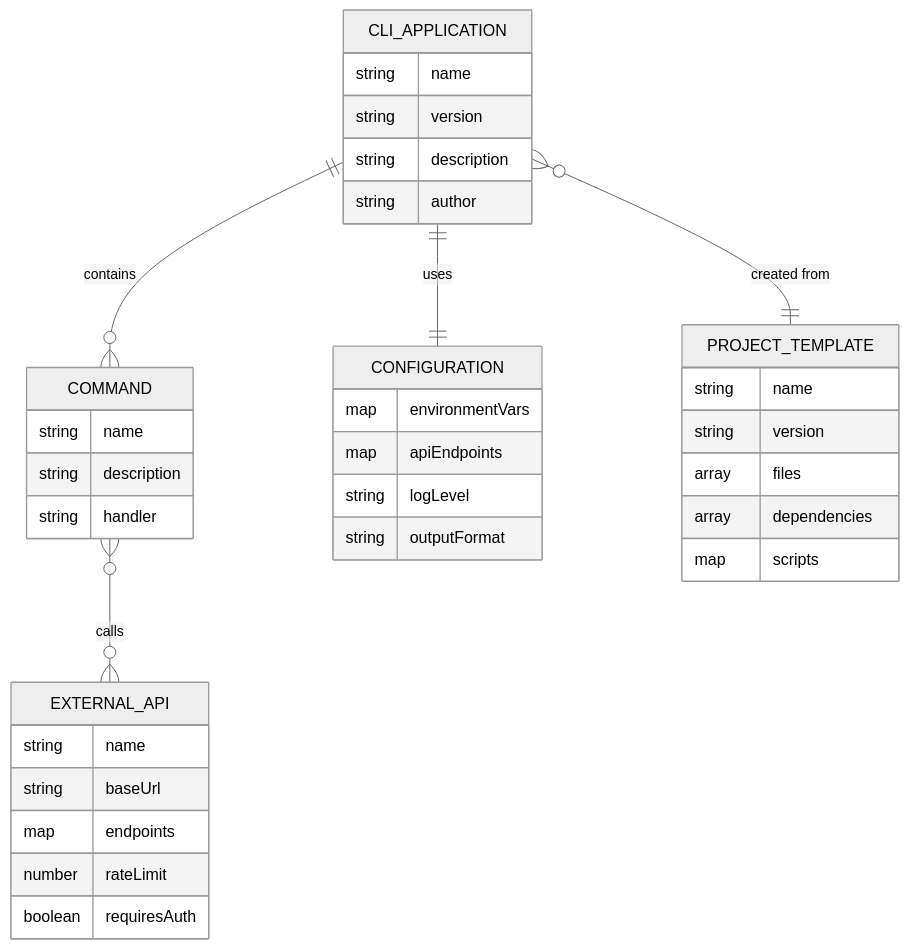
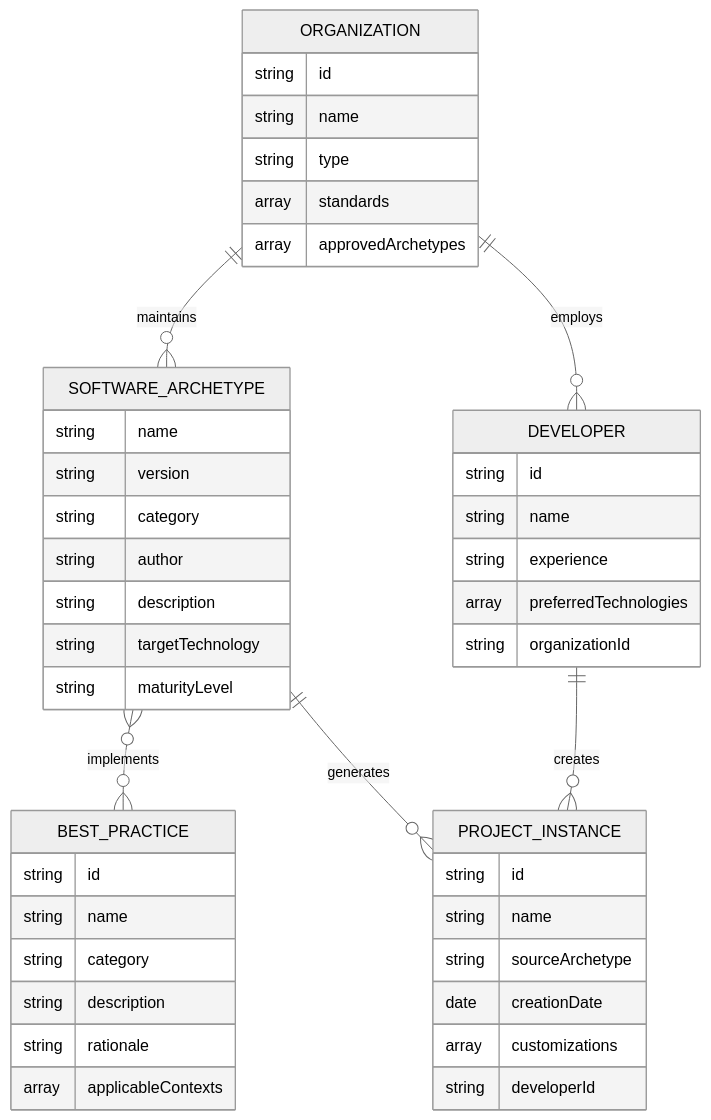
Before and after one commit to AIDDbot/ArchetypeNodeCLI: the diagram in docs/DOMAIN.md, drawn with Mermaid (neutral theme). The commit also changed other lines of this file, not shown here.

````diff
--- a/docs/DOMAIN.md
+++ b/docs/DOMAIN.md
@@ -127,39 +138,48 @@
 ```mermaid
 erDiagram
-    CLI_APPLICATION {
+    SOFTWARE_ARCHETYPE {
         string name
         string version
+        string category
+        string author
         string description
-        string author
+        string targetTechnology
+        string maturityLevel
     }
-    COMMAND {
+    DEVELOPER {
+        string id
         string name
+        string experience
+        array preferredTechnologies
+        string organizationId
+    }
+    ORGANIZATION {
+        string id
+        string name
+        string type
+        array standards
+        array approvedArchetypes
+    }
+    PROJECT_INSTANCE {
+        string id
+        string name
+        string sourceArchetype
+        date creationDate
+        array customizations
+        string developerId
+    }
+    BEST_PRACTICE {
+        string id
+        string name
+        string category
         string description
-        string handler
-    }
-    CONFIGURATION {
-        map environmentVars
-        map apiEndpoints
-        string logLevel
-        string outputFormat
-    }
-    EXTERNAL_API {
-        string name
-        string baseUrl
-        map endpoints
-        number rateLimit
-        boolean requiresAuth
-    }
-    PROJECT_TEMPLATE {
-        string name
-        string version
-        array files
-        array dependencies
-        map scripts
+        string rationale
+        array applicableContexts
     }
 
-    CLI_APPLICATION ||--o{ COMMAND : contains
-    CLI_APPLICATION ||--|| CONFIGURATION : uses
-    COMMAND }o--o{ EXTERNAL_API : calls
-    CLI_APPLICATION }o--|| PROJECT_TEMPLATE : "created from"
+    DEVELOPER ||--o{ PROJECT_INSTANCE : creates
+    ORGANIZATION ||--o{ SOFTWARE_ARCHETYPE : maintains
+    SOFTWARE_ARCHETYPE }o--o{ BEST_PRACTICE : implements
+    SOFTWARE_ARCHETYPE ||--o{ PROJECT_INSTANCE : "generates"
+    ORGANIZATION ||--o{ DEVELOPER : employs
 ```
````
